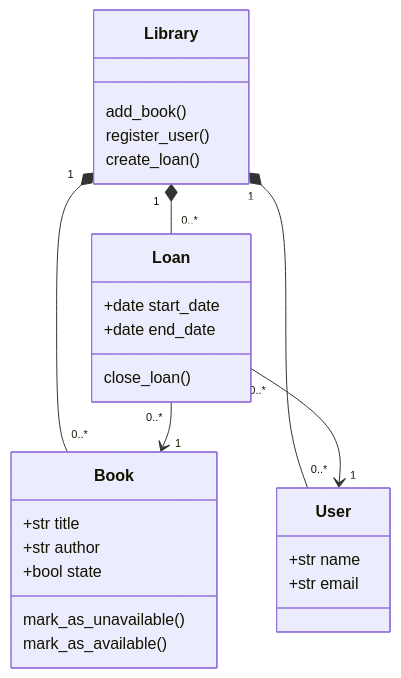
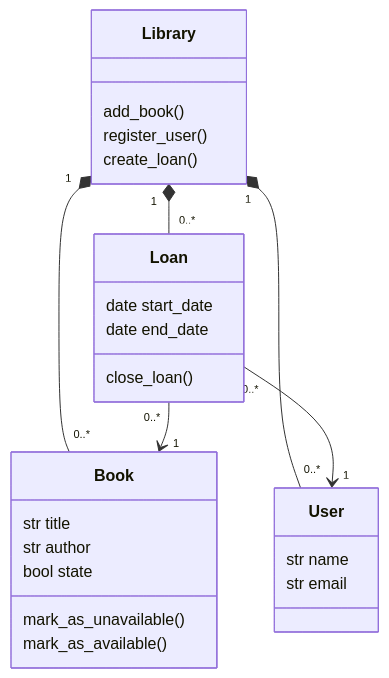
The diagram in uml_intro/0-class_diagram.mmd (RodrigoMato00/holbertonschool-sw_design_architecture), drawn with Mermaid before and after one commit.

Commit message:
Fix class diagram attributes for checker (no + prefix on type lines)

```diff
--- a/uml_intro/0-class_diagram.mmd
+++ b/uml_intro/0-class_diagram.mmd
@@ -1,31 +1,31 @@
 classDiagram
     class Library {
         add_book()
         register_user()
         create_loan()
     }
 
     class Book {
-        +str title
-        +str author
-        +bool state
+        str title
+        str author
+        bool state
         mark_as_unavailable()
         mark_as_available()
     }
 
     class User {
-        +str name
-        +str email
+        str name
+        str email
     }
 
     class Loan {
-        +date start_date
-        +date end_date
+        date start_date
+        date end_date
         close_loan()
     }
 
     Library "1" *-- "0..*" Book
     Library "1" *-- "0..*" User
     Library "1" *-- "0..*" Loan
     Loan "0..*" --> "1" Book
     Loan "0..*" --> "1" User
```
